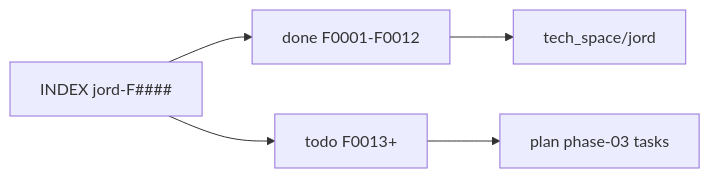
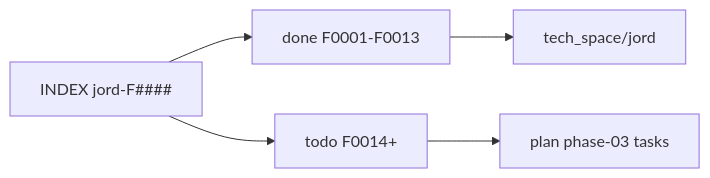
The diagram in Docs/feature_list/Jord/README.md (samtheory/altr.lab.turbo.v2), drawn with Mermaid before and after one commit. The commit also changed other lines of this file and 29 other files, not shown here.

````diff
--- a/Docs/feature_list/Jord/README.md
+++ b/Docs/feature_list/Jord/README.md
@@ -24,8 +24,8 @@
 ```mermaid
 flowchart LR
   IX[INDEX jord-F####]
-  IX --> DONE[done F0001-F0012]
-  IX --> TODO[todo F0013+]
+  IX --> DONE[done F0001-F0013]
+  IX --> TODO[todo F0014+]
   TODO --> P3[plan phase-03 tasks]
   DONE --> TS[tech_space/jord]
 ```
````
